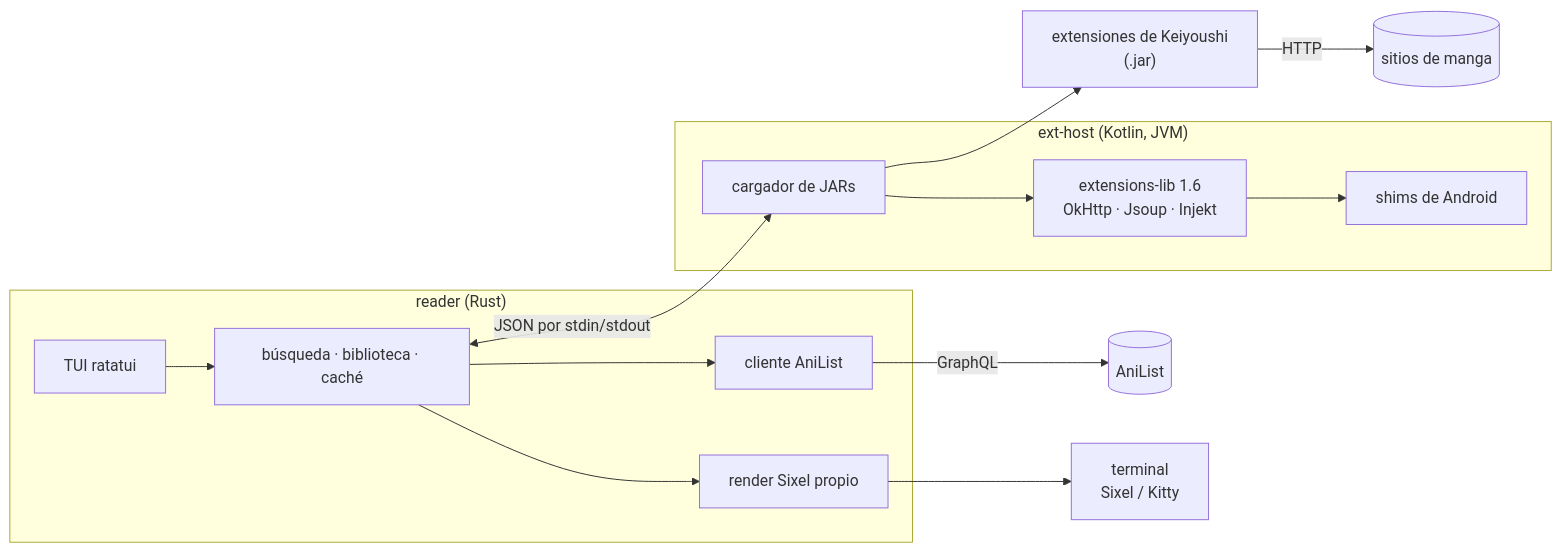
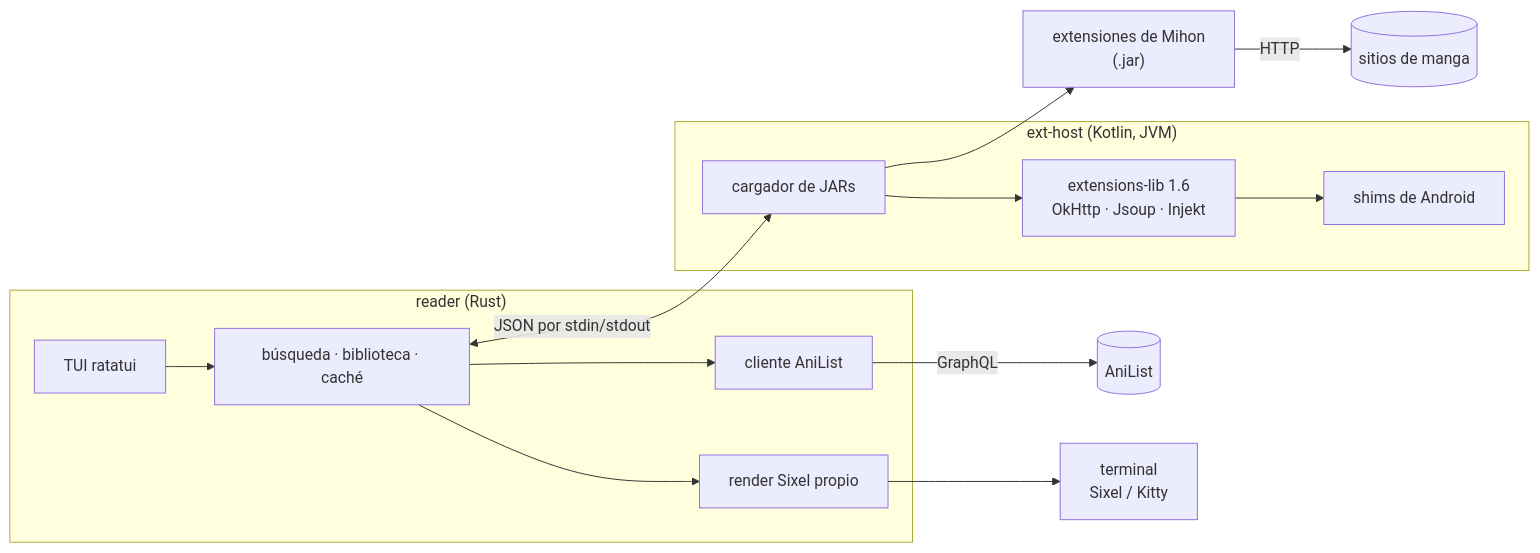
The diagram in README.md (AlPeFe/mangaterm), drawn with Mermaid before and after one commit. The commit also changed other lines of this file and 15 other files, not shown here.

````diff
--- a/README.md
+++ b/README.md
@@ -231,17 +246,17 @@
 ```mermaid
 flowchart LR
     subgraph reader["reader (Rust)"]
         TUI["TUI ratatui"] --> Core["búsqueda · biblioteca · caché"]
         Core --> Render["render Sixel propio"]
         Core --> AL["cliente AniList"]
     end
     subgraph host["ext-host (Kotlin, JVM)"]
         Loader["cargador de JARs"] --> API["extensions-lib 1.6<br/>OkHttp · Jsoup · Injekt"]
         API --> Shims["shims de Android"]
     end
     Core <-- "JSON por stdin/stdout" --> Loader
-    Loader --> Ext["extensiones de Keiyoushi<br/>(.jar)"]
+    Loader --> Ext["extensiones de Mihon<br/>(.jar)"]
     Ext -- HTTP --> Sitios[("sitios de manga")]
     AL -- GraphQL --> AniList[("AniList")]
     Render --> Term["terminal<br/>Sixel / Kitty"]
 ```
````
